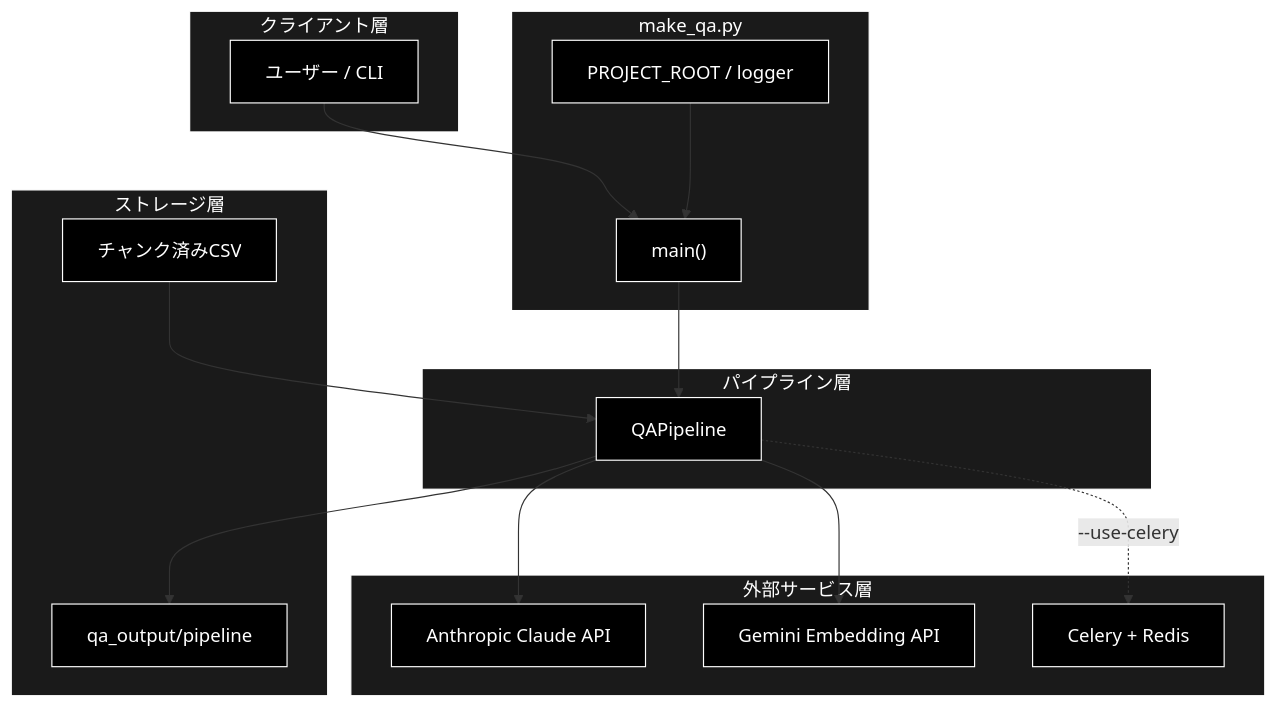
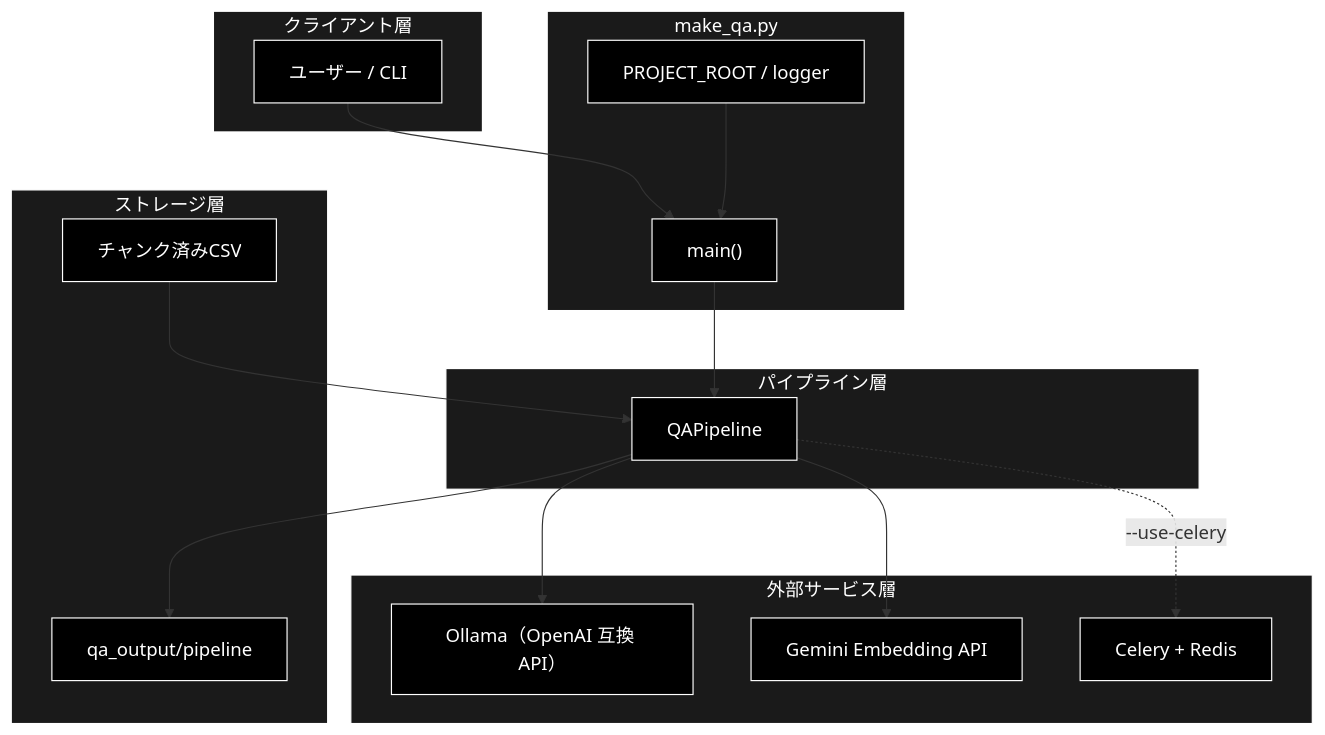
Before and after one commit to nakashima2toshio/grace_v2_local: the first of 3 diagrams in qa_qdrant/docs/make_qa.md, drawn with Mermaid. The commit also changed other lines of this file and 12 other files, not shown here.

First line of the commit message:
docs: 実装と食い違う Anthropic 表記を Ollama へ是正する

````diff
--- a/qa_qdrant/docs/make_qa.md
+++ b/qa_qdrant/docs/make_qa.md
@@ -73,43 +73,43 @@
 ```mermaid
 flowchart TB
     subgraph CLIENT["クライアント層"]
         USER["ユーザー / CLI"]
     end
 
     subgraph MODULE["make_qa.py"]
         MAIN["main()"]
         CONST["PROJECT_ROOT / logger"]
     end
 
     subgraph PIPELINE["パイプライン層"]
         QAPIPE["QAPipeline"]
     end
 
     subgraph EXTERNAL["外部サービス層"]
-        LLM["Anthropic Claude API"]
+        LLM["Ollama（OpenAI 互換 API）"]
         GEMINI["Gemini Embedding API"]
         CELERY["Celery + Redis"]
     end
 
     subgraph STORAGE["ストレージ層"]
         INPUT["チャンク済みCSV"]
         OUTPUT["qa_output/pipeline"]
     end
 
     USER --> MAIN
     CONST --> MAIN
     MAIN --> QAPIPE
     INPUT --> QAPIPE
     QAPIPE -.->|--use-celery| CELERY
     QAPIPE --> LLM
     QAPIPE --> GEMINI
     QAPIPE --> OUTPUT
 classDef default fill:#000,stroke:#fff,color:#fff
 classDef subgraphStyle fill:#1a1a1a,stroke:#fff,color:#fff
 class USER,MAIN,CONST,QAPIPE,LLM,GEMINI,CELERY,INPUT,OUTPUT default
 style CLIENT fill:#1a1a1a,stroke:#fff,color:#fff
 style MODULE fill:#1a1a1a,stroke:#fff,color:#fff
 style PIPELINE fill:#1a1a1a,stroke:#fff,color:#fff
 style EXTERNAL fill:#1a1a1a,stroke:#fff,color:#fff
 style STORAGE fill:#1a1a1a,stroke:#fff,color:#fff
 ```
````
